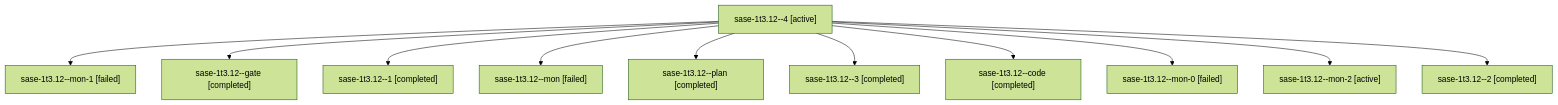
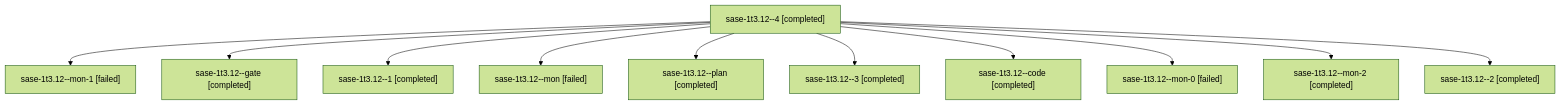
The diagram in sessions/bbugyi200.athena.sase-1t3.12.md (sase-org/sase--agents), drawn with Mermaid (forest theme) before and after one commit. The commit also changed other lines of this file and 68 other files, not shown here.

````diff
--- a/sessions/bbugyi200.athena.sase-1t3.12.md
+++ b/sessions/bbugyi200.athena.sase-1t3.12.md
@@ -9,24 +9,24 @@
 ```mermaid
 flowchart TD
-  n0["sase-1t3.12--4 [active]"]
+  n0["sase-1t3.12--4 [completed]"]
   n1["sase-1t3.12--mon-1 [failed]"]
   n0 --> n1
   n2["sase-1t3.12--gate [completed]"]
   n0 --> n2
   n3["sase-1t3.12--1 [completed]"]
   n0 --> n3
   n4["sase-1t3.12--mon [failed]"]
   n0 --> n4
   n5["sase-1t3.12--plan [completed]"]
   n0 --> n5
   n6["sase-1t3.12--3 [completed]"]
   n0 --> n6
   n7["sase-1t3.12--code [completed]"]
   n0 --> n7
   n8["sase-1t3.12--mon-0 [failed]"]
   n0 --> n8
-  n9["sase-1t3.12--mon-2 [active]"]
+  n9["sase-1t3.12--mon-2 [completed]"]
   n0 --> n9
   n10["sase-1t3.12--2 [completed]"]
   n0 --> n10
 ```
````
